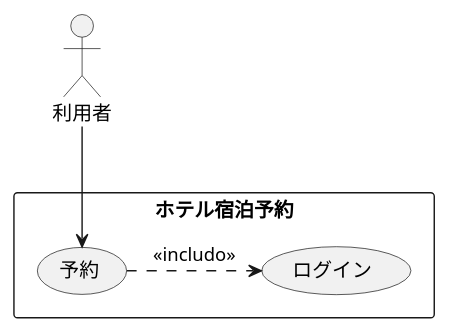
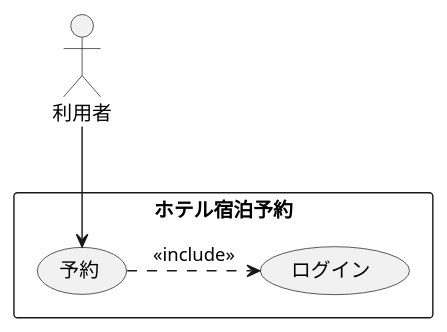
The diagram in 演習2-3ホテル宿泊予定.pu (isio2/uml-introduction), drawn with PlantUML before and after one commit.

Commit message:
変更

```diff
--- a/演習2-3ホテル宿泊予定.pu
+++ b/演習2-3ホテル宿泊予定.pu
@@ -1,8 +1,8 @@
 @startuml ユースケース図
 rectangle ホテル宿泊予約{
 usecase ログイン
 usecase 予約
 }
 利用者-->予約
-予約 .>ログイン:<<includo>>
+予約 .>ログイン:<<include>>
 @enduml
```
